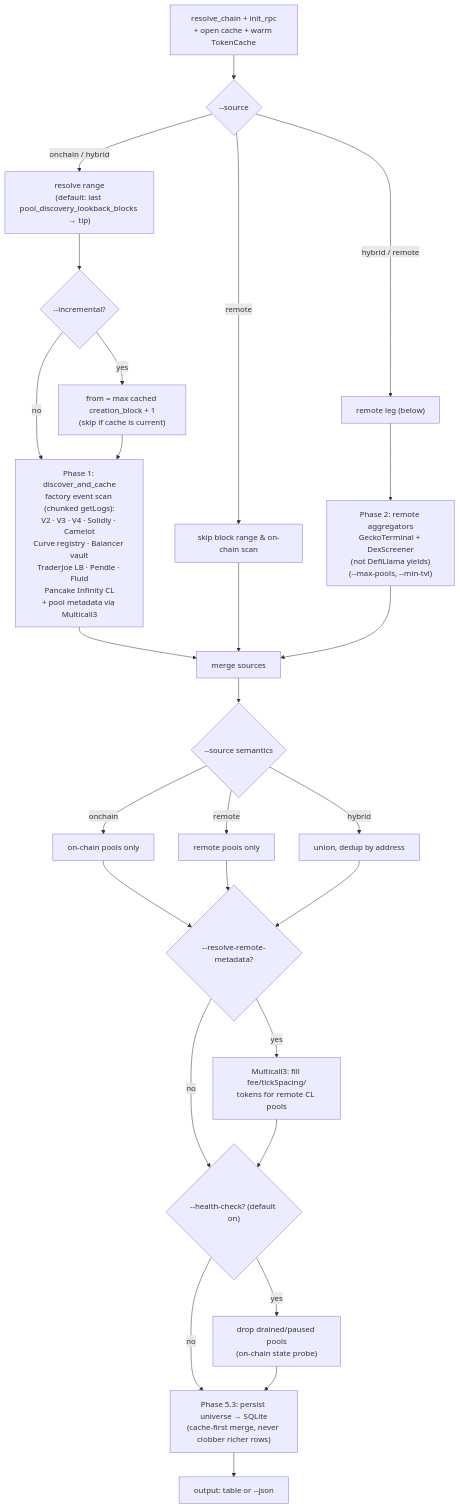
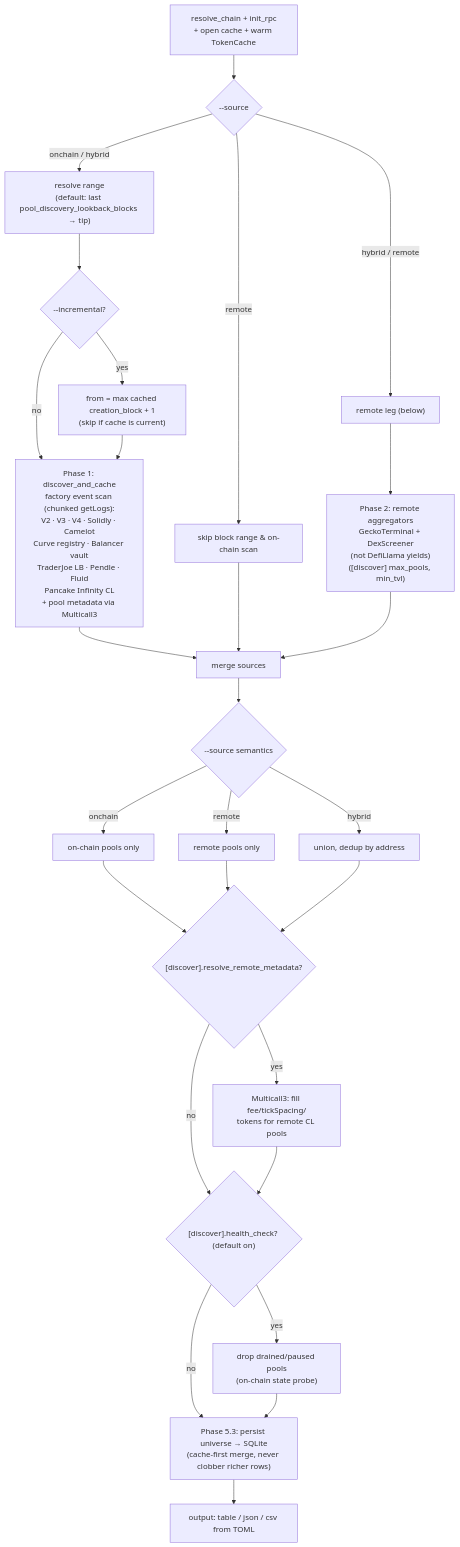
One commit to moha-moradi/mev-scout changed the fourth of 10 diagrams in docs/ARCHITECTURE.md. Above: the diagram before and after it, drawn with Mermaid. The commit also changed other lines of this file and 17 other files, not shown here.

First line of the commit message:
feat(config): enhance discover and live configurations in TOML

````diff
--- a/docs/ARCHITECTURE.md
+++ b/docs/ARCHITECTURE.md
@@ -238,30 +236,30 @@
 ```mermaid
 flowchart TB
     A["resolve_chain + init_rpc<br/>+ open cache + warm TokenCache"] --> B{"--source"}
     B -- "remote" --> R["skip block range & on-chain scan"]
     B -- "onchain / hybrid" --> C["resolve range<br/>(default: last pool_discovery_lookback_blocks → tip)"]
     B -- "hybrid / remote" --> R2["remote leg (below)"]
     C --> D{"--incremental?"}
     D -- yes --> E["from = max cached creation_block + 1<br/>(skip if cache is current)"]
     D -- no --> F
     E --> F["Phase 1: discover_and_cache<br/>factory event scan (chunked getLogs):<br/>V2 · V3 · V4 · Solidly · Camelot<br/>Curve registry · Balancer vault<br/>TraderJoe LB · Pendle · Fluid<br/>Pancake Infinity CL<br/>+ pool metadata via Multicall3"]
     F --> G
     R --> G["merge sources"]
-    R2 --> H["Phase 2: remote aggregators<br/>GeckoTerminal + DexScreener<br/>(not DefiLlama yields)<br/>(--max-pools, --min-tvl)"]
+    R2 --> H["Phase 2: remote aggregators<br/>GeckoTerminal + DexScreener<br/>(not DefiLlama yields)<br/>([discover] max_pools, min_tvl)"]
     H --> G
     G --> I{"--source semantics"}
     I -- onchain --> J["on-chain pools only"]
     I -- remote --> K["remote pools only"]
     I -- hybrid --> L["union, dedup by address"]
     J --> M
     K --> M
     L --> M
-    M{"--resolve-remote-metadata?"}
+    M{"[discover].resolve_remote_metadata?"}
     M -- yes --> N["Multicall3: fill fee/tickSpacing/<br/>tokens for remote CL pools"]
     M -- no --> O
-    N --> O{"--health-check? (default on)"}
+    N --> O{"[discover].health_check? (default on)"}
     O -- yes --> P["drop drained/paused pools<br/>(on-chain state probe)"]
     O -- no --> Q
     P --> Q["Phase 5.3: persist universe → SQLite<br/>(cache-first merge, never clobber richer rows)"]
-    Q --> T["output: table or --json"]
+    Q --> T["output: table / json / csv from TOML"]
 ```
````
